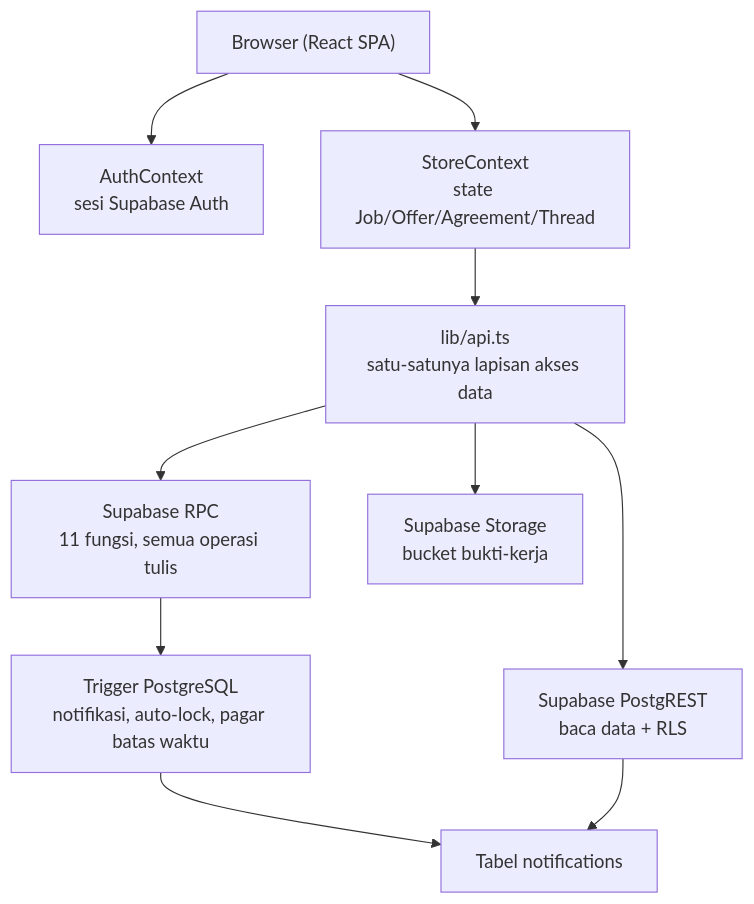
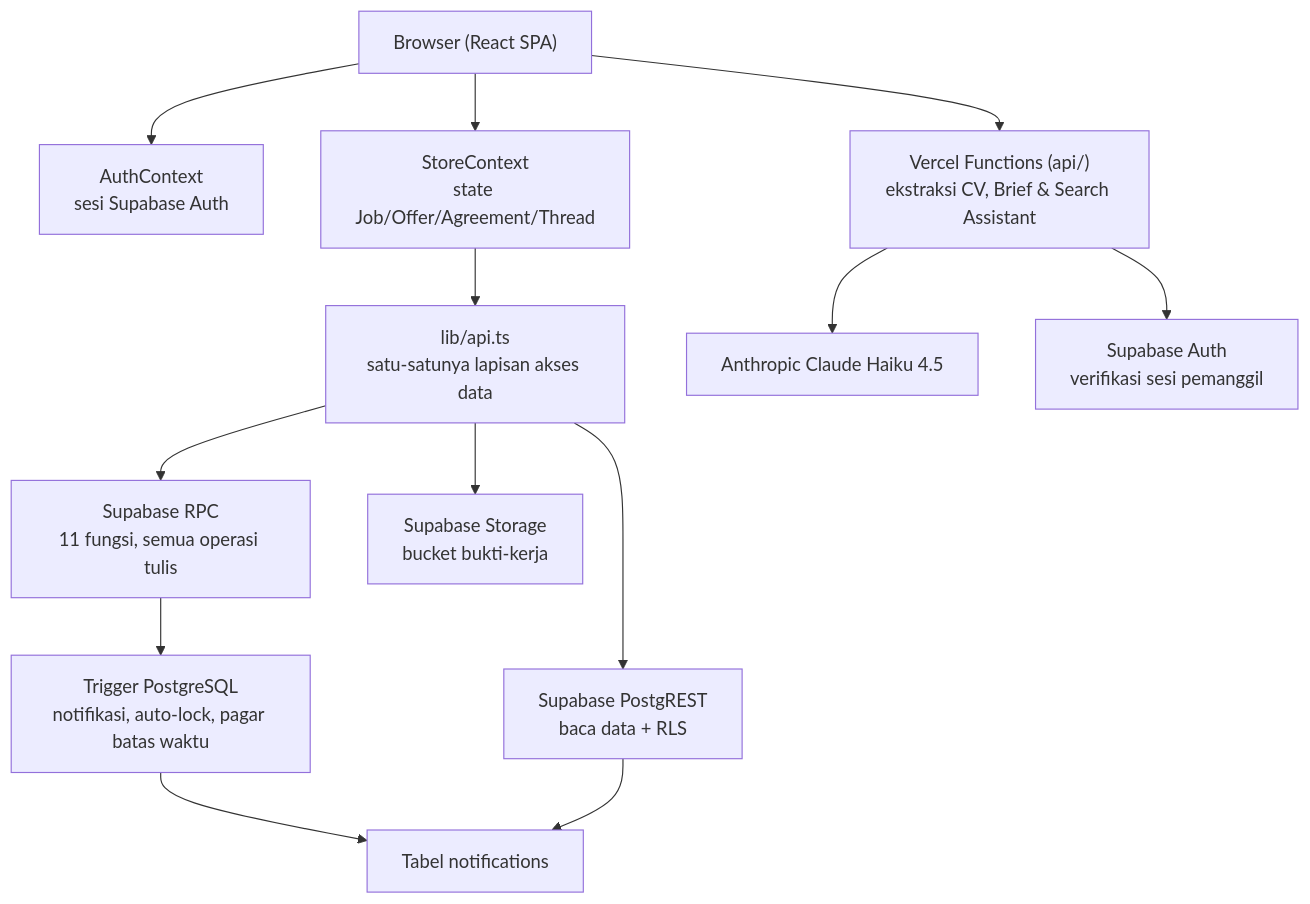
One commit to lewron135/Stepping-Stone changed the first of 2 diagrams in README.md. Above: the diagram before and after it, drawn with Mermaid. The commit also changed other lines of this file and 1 other file, not shown here.

````diff
--- a/README.md
+++ b/README.md
@@ -112,13 +119,16 @@
 ```mermaid
 flowchart TB
     A["Browser (React SPA)"]
     A --> B["AuthContext<br/>sesi Supabase Auth"]
     A --> C["StoreContext<br/>state Job/Offer/Agreement/Thread"]
     C --> D["lib/api.ts<br/>satu-satunya lapisan akses data"]
     D --> E["Supabase PostgREST<br/>baca data + RLS"]
     D --> F["Supabase RPC<br/>11 fungsi, semua operasi tulis"]
     D --> G["Supabase Storage<br/>bucket bukti-kerja"]
     F --> H["Trigger PostgreSQL<br/>notifikasi, auto-lock, pagar batas waktu"]
     H --> I["Tabel notifications"]
     E --> I
+    A --> J["Vercel Functions (api/)<br/>ekstraksi CV, Brief & Search Assistant"]
+    J --> K["Anthropic Claude Haiku 4.5"]
+    J --> L["Supabase Auth<br/>verifikasi sesi pemanggil"]
 ```
````
